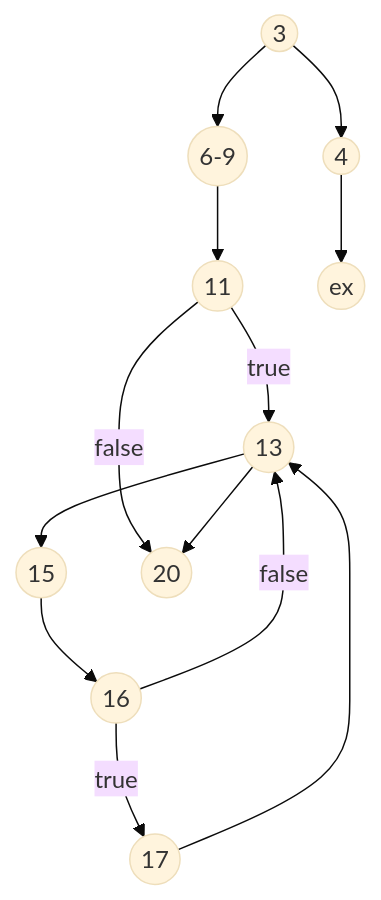
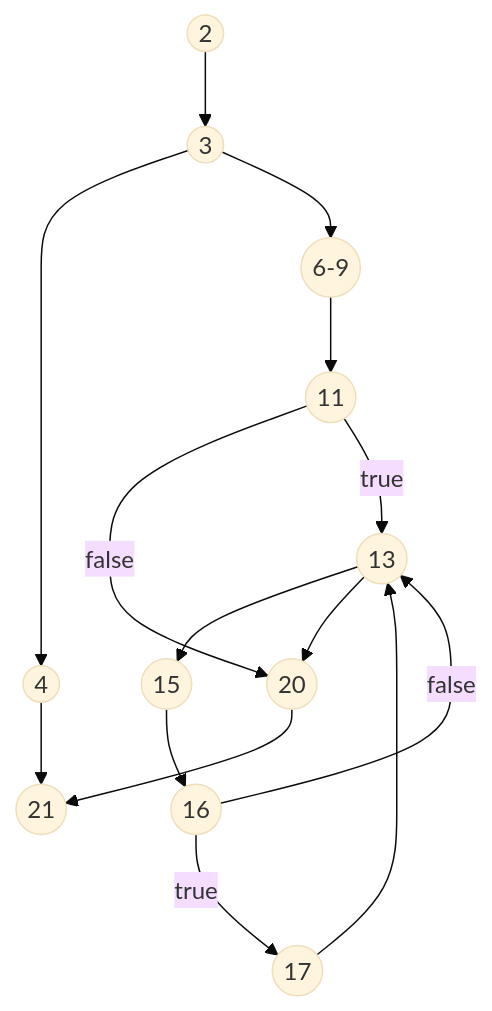
One commit to patrikvalentiny/SoftwareQualityF2025 changed the diagram in Presentation3.md. Above: the diagram before and after it, drawn with Mermaid (base theme). The commit also changed other lines of this file, not shown here.

Commit message:
Update Presentation3.md to enhance flowchart clarity and add cyclomatic complexity analysis

````diff
--- a/Presentation3.md
+++ b/Presentation3.md
@@ -27,16 +27,17 @@
 ```mermaid
 graph TD
+    2((2)) --> 3((3))
     3((3)) --> 4((4))
     3((3)) --> 6((6))
-    4((4)) --> e((ex))
+    4((4)) --> 21((21))
     6((6-9)) --> 11((11))
     11((11)) -- false --> 20((20))
     11((11)) -- true --> 13((13))
     13((13)) --> 15((15))
     15((15)) --> 16((16))
     16((16)) -- true --> 17((17))
     16((16)) -- false --> 13((13))
     17((17)) --> 13((13))
     13((13)) --> 20((20))
-
+    20((20)) --> 21((21))
 ```
````
